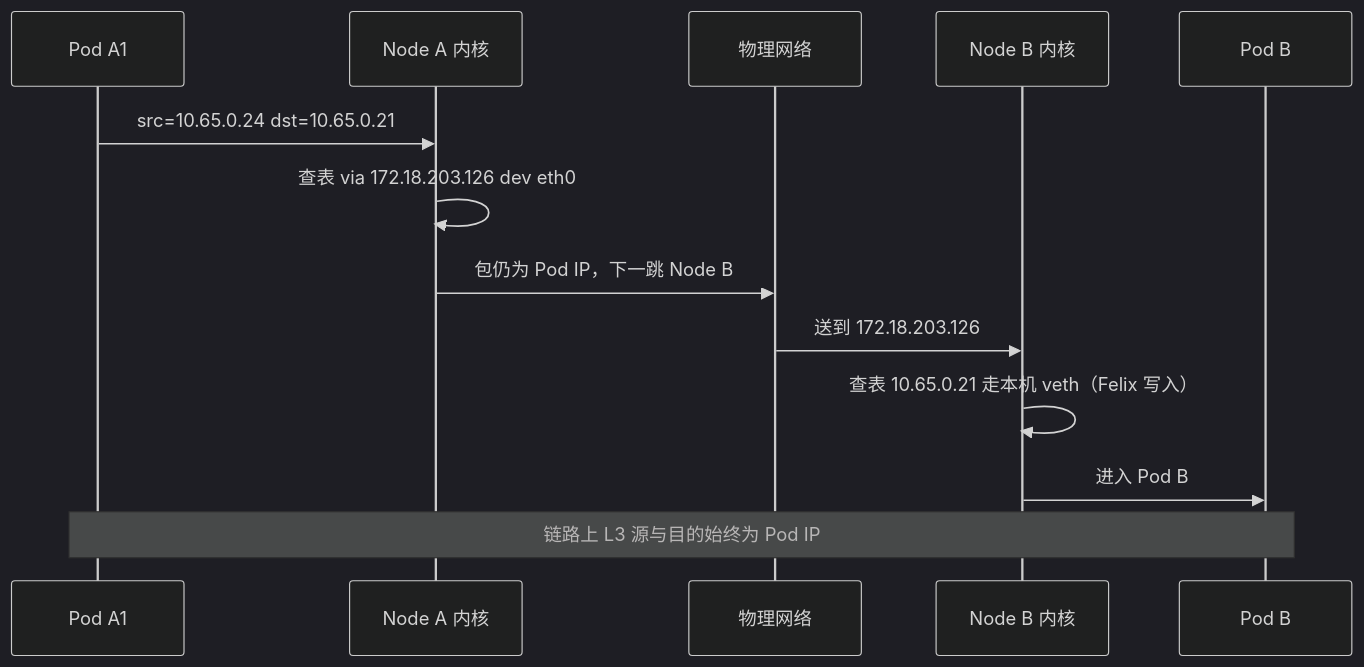
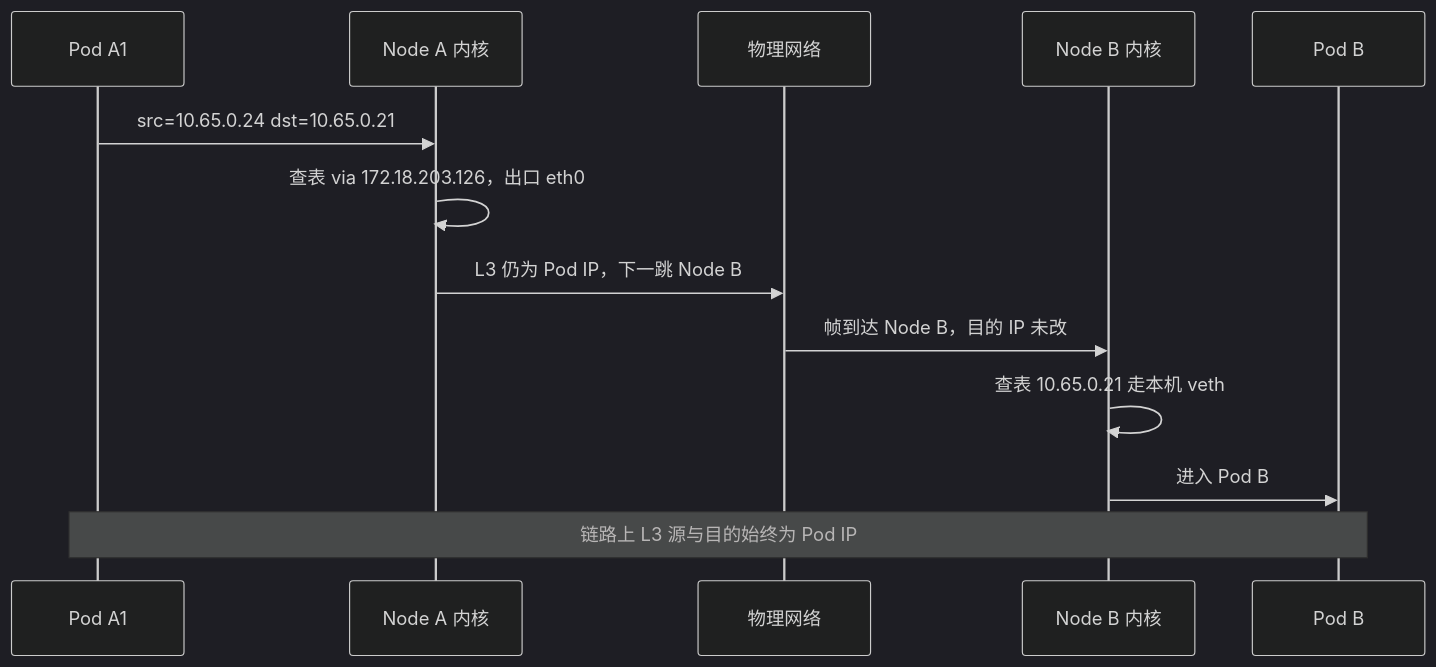
Before and after one commit to xiaxinyu/knowledge_base: the sixth of 8 diagrams in 20-architecture/24-calico-l3-dataplane-treatise.md, drawn with Mermaid (dark theme). The commit also changed other lines of this file and 2 other files, not shown here.

````diff
--- a/20-architecture/24-calico-l3-dataplane-treatise.md
+++ b/20-architecture/24-calico-l3-dataplane-treatise.md
@@ -411,16 +418,16 @@
 ```mermaid
 sequenceDiagram
   participant A1 as Pod A1
   participant NA as Node A 内核
   participant W as 物理网络
   participant NB as Node B 内核
   participant B as Pod B
 
   A1->>NA: src=10.65.0.24 dst=10.65.0.21
-  NA->>NA: 查表 via 172.18.203.126 dev eth0
-  NA->>W: 包仍为 Pod IP，下一跳 Node B
-  W->>NB: 送到 172.18.203.126
-  NB->>NB: 查表 10.65.0.21 走本机 veth（Felix 写入）
+  NA->>NA: 查表 via 172.18.203.126，出口 eth0
+  NA->>W: L3 仍为 Pod IP，下一跳 Node B
+  W->>NB: 帧到达 Node B，目的 IP 未改
+  NB->>NB: 查表 10.65.0.21 走本机 veth
   NB->>B: 进入 Pod B
   Note over A1,B: 链路上 L3 源与目的始终为 Pod IP
 ```
````
